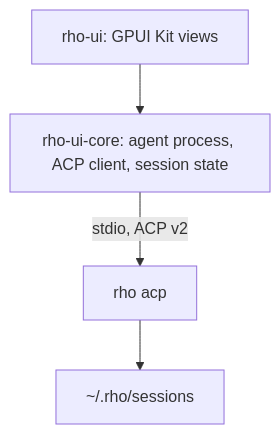
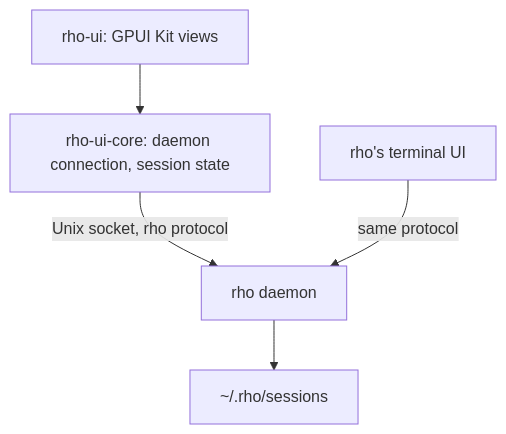
Before and after one commit to matthewyjiang/rho-ui: the diagram in README.md, drawn with Mermaid. The commit also changed other lines of this file and 31 other files, not shown here.

First line of the commit message:
Connect to the rho daemon instead of running rho acp

````diff
--- a/README.md
+++ b/README.md
@@ -25,6 +25,7 @@
 ```mermaid
 flowchart TD
-    UI["rho-ui: GPUI Kit views"] --> Core["rho-ui-core: agent process, ACP client, session state"]
-    Core -->|"stdio, ACP v2"| Rho["rho acp"]
-    Rho --> Store["~/.rho/sessions"]
+    UI["rho-ui: GPUI Kit views"] --> Core["rho-ui-core: daemon connection, session state"]
+    Core -->|"Unix socket, rho protocol"| Daemon["rho daemon"]
+    TUI["rho's terminal UI"] -->|"same protocol"| Daemon
+    Daemon --> Store["~/.rho/sessions"]
 ```
````
